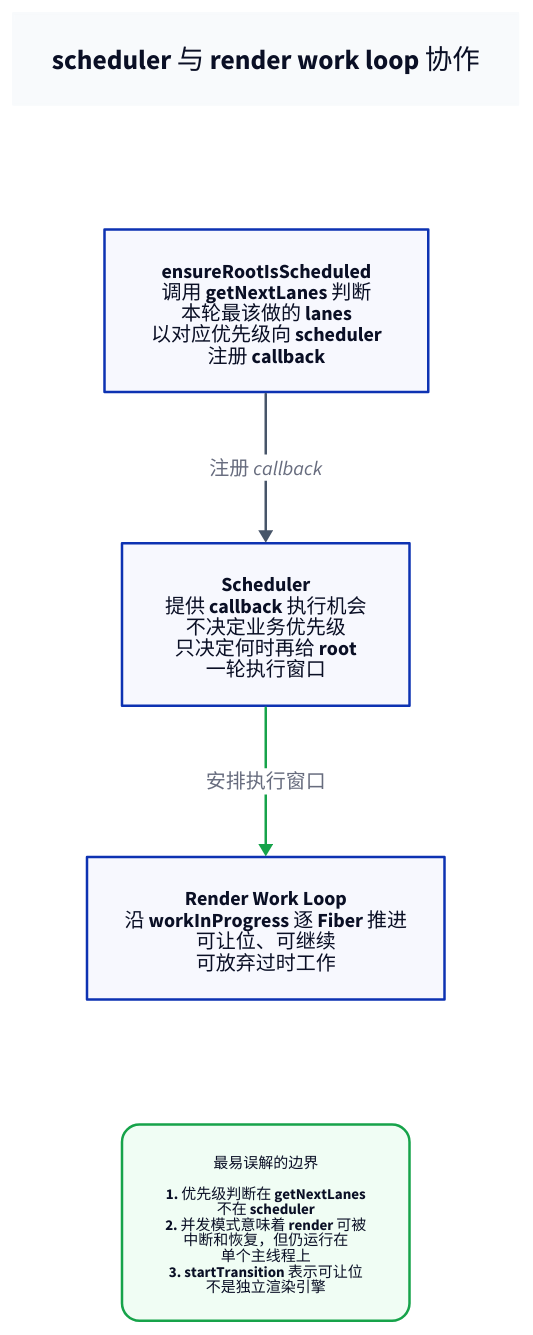
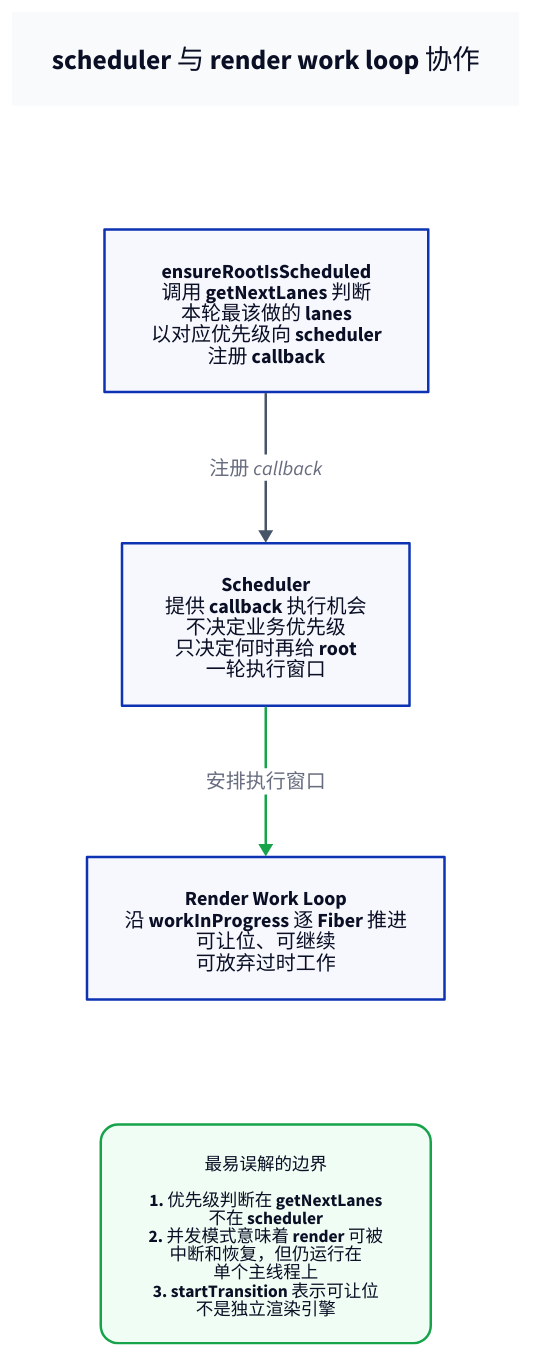
The diagram in docs/diagrams/src/react-scheduler-render-loop.d2 (xrf9268-hue/react-fiber-learning), drawn with D2 before and after one commit. The commit also changed 7 other files, not shown here.

First line of the commit message:
style: increase D2 diagram font size and compress spacing

```diff
--- a/docs/diagrams/src/react-scheduler-render-loop.d2
+++ b/docs/diagrams/src/react-scheduler-render-loop.d2
@@ -1,42 +1,42 @@
 direction: down
 
 title: "scheduler 与 render work loop 协作" {
   style: {
     font-size: 22
     bold: true
     fill: "#f8fafc"
     stroke: "#f8fafc"
   }
 }
 
 ensure: "ensureRootIsScheduled\n调用 getNextLanes 判断\n本轮最该做的 lanes\n以对应优先级向 scheduler\n注册 callback" {
   class: emphasis-blue
 }
 
 scheduler: "Scheduler\n提供 callback 执行机会\n不决定业务优先级\n只决定何时再给 root\n一轮执行窗口" {
   class: emphasis-purple
 }
 
 render: "Render Work Loop\n沿 workInProgress 逐 Fiber 推进\n可让位、可继续\n可放弃过时工作" {
   class: emphasis-green
 }
 
 ensure -> scheduler: "注册 callback" { style.stroke: "#475569" }
 scheduler -> render: "安排执行窗口" { style.stroke: "#16a34a" }
 
 note: "最易误解的边界\n\n1. 优先级判断在 getNextLanes\n不在 scheduler\n2. 并发模式意味着 render 可被\n中断和恢复，但仍运行在\n单个主线程上\n3. startTransition 表示可让位\n不是独立渲染引擎" {
   style: {
     fill: "#f0fdf4"
     stroke: "#16a34a"
     border-radius: 14
-    font-size: 12
+    font-size: 14
   }
 }
 
 render -> note: "" {
   style: { stroke: "#ffffff"; stroke-width: 0 }
 }
 
 title -> ensure: "" {
   style: { stroke: "#ffffff"; stroke-width: 0 }
 }
```
